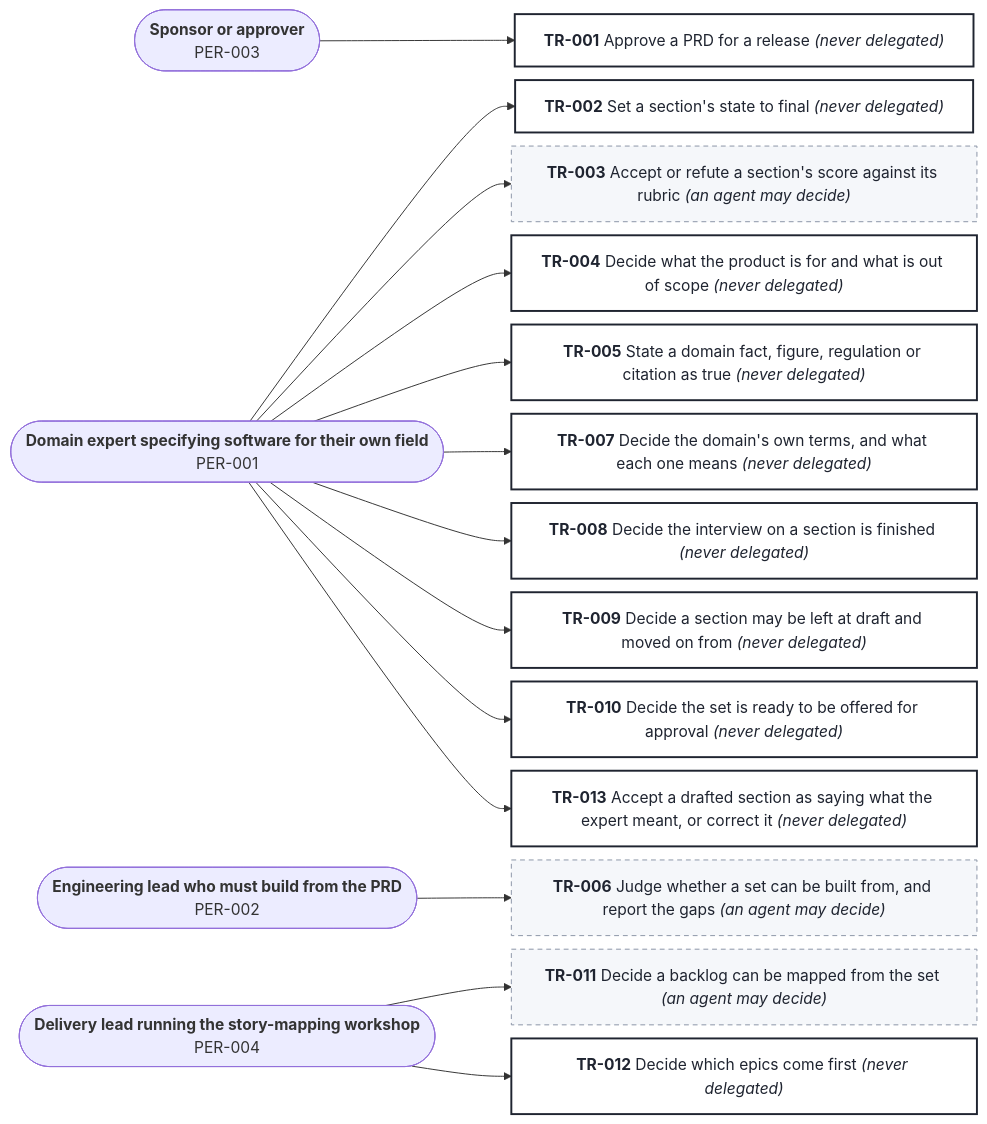
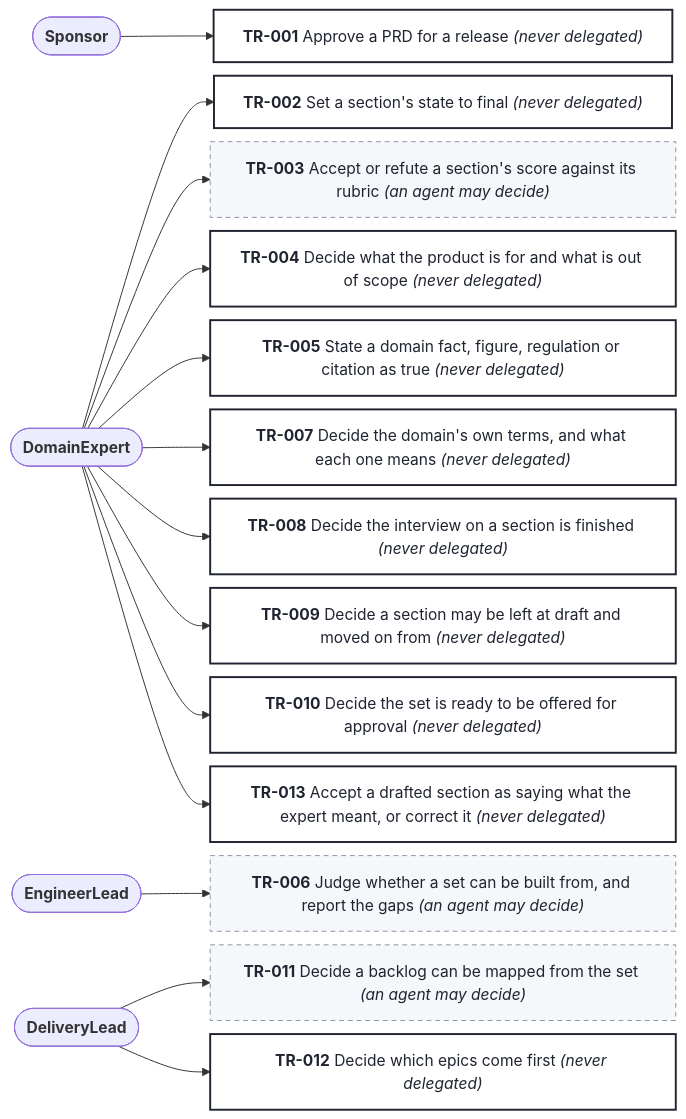
The diagram in docs/prd/prd-forge/diagrams/decision-rights.mmd (SpillwaveSolutions/prd-forge), drawn with Mermaid before and after one commit. The commit also changed 40 other files, not shown here.

```diff
--- a/docs/prd/prd-forge/diagrams/decision-rights.mmd
+++ b/docs/prd/prd-forge/diagrams/decision-rights.mmd
@@ -1,49 +1,49 @@
 %% Generated by prd-diagrams.mjs from the decision rights front matter. Do not edit.
 %%{init: {"flowchart": {"wrappingWidth": 420, "nodeSpacing": 14, "rankSpacing": 70}}}%%
 flowchart LR
-  APER003(["<b>Sponsor or approver</b><br/>PER-003"])
-  APER001(["<b>Domain expert specifying software for their own field</b><br/>PER-001"])
-  APER002(["<b>Engineering lead who must build from the PRD</b><br/>PER-002"])
-  APER004(["<b>Delivery lead running the story-mapping workshop</b><br/>PER-004"])
+  APER003(["<b>Sponsor</b>"])
+  APER001(["<b>DomainExpert</b>"])
+  APER002(["<b>EngineerLead</b>"])
+  APER004(["<b>DeliveryLead</b>"])
   DTR001["<b>TR-001</b> Approve a PRD for a release <i>(never delegated)</i>"]
   APER003 --> DTR001
   DTR002["<b>TR-002</b> Set a section's state to final <i>(never delegated)</i>"]
   APER001 --> DTR002
   DTR003["<b>TR-003</b> Accept or refute a section's score against its rubric <i>(an agent may decide)</i>"]
   APER001 --> DTR003
   DTR004["<b>TR-004</b> Decide what the product is for and what is out of scope <i>(never delegated)</i>"]
   APER001 --> DTR004
   DTR005["<b>TR-005</b> State a domain fact, figure, regulation or citation as true <i>(never delegated)</i>"]
   APER001 --> DTR005
   DTR006["<b>TR-006</b> Judge whether a set can be built from, and report the gaps <i>(an agent may decide)</i>"]
   APER002 --> DTR006
   DTR007["<b>TR-007</b> Decide the domain's own terms, and what each one means <i>(never delegated)</i>"]
   APER001 --> DTR007
   DTR008["<b>TR-008</b> Decide the interview on a section is finished <i>(never delegated)</i>"]
   APER001 --> DTR008
   DTR009["<b>TR-009</b> Decide a section may be left at draft and moved on from <i>(never delegated)</i>"]
   APER001 --> DTR009
   DTR010["<b>TR-010</b> Decide the set is ready to be offered for approval <i>(never delegated)</i>"]
   APER001 --> DTR010
   DTR011["<b>TR-011</b> Decide a backlog can be mapped from the set <i>(an agent may decide)</i>"]
   APER004 --> DTR011
   DTR012["<b>TR-012</b> Decide which epics come first <i>(never delegated)</i>"]
   APER004 --> DTR012
   DTR013["<b>TR-013</b> Accept a drafted section as saying what the expert meant, or correct it <i>(never delegated)</i>"]
   APER001 --> DTR013
   classDef never fill:#FFFFFF,stroke:#1F2430,stroke-width:2px,color:#1F2430
   classDef agent fill:#F5F7FA,stroke:#8A94A6,stroke-dasharray:5 4,color:#1F2430
   classDef person fill:#F5F7FA,stroke:#8A94A6,color:#1F2430
   class DTR001 never
   class DTR002 never
   class DTR003 agent
   class DTR004 never
   class DTR005 never
   class DTR006 agent
   class DTR007 never
   class DTR008 never
   class DTR009 never
   class DTR010 never
   class DTR011 agent
   class DTR012 never
   class DTR013 never
```
